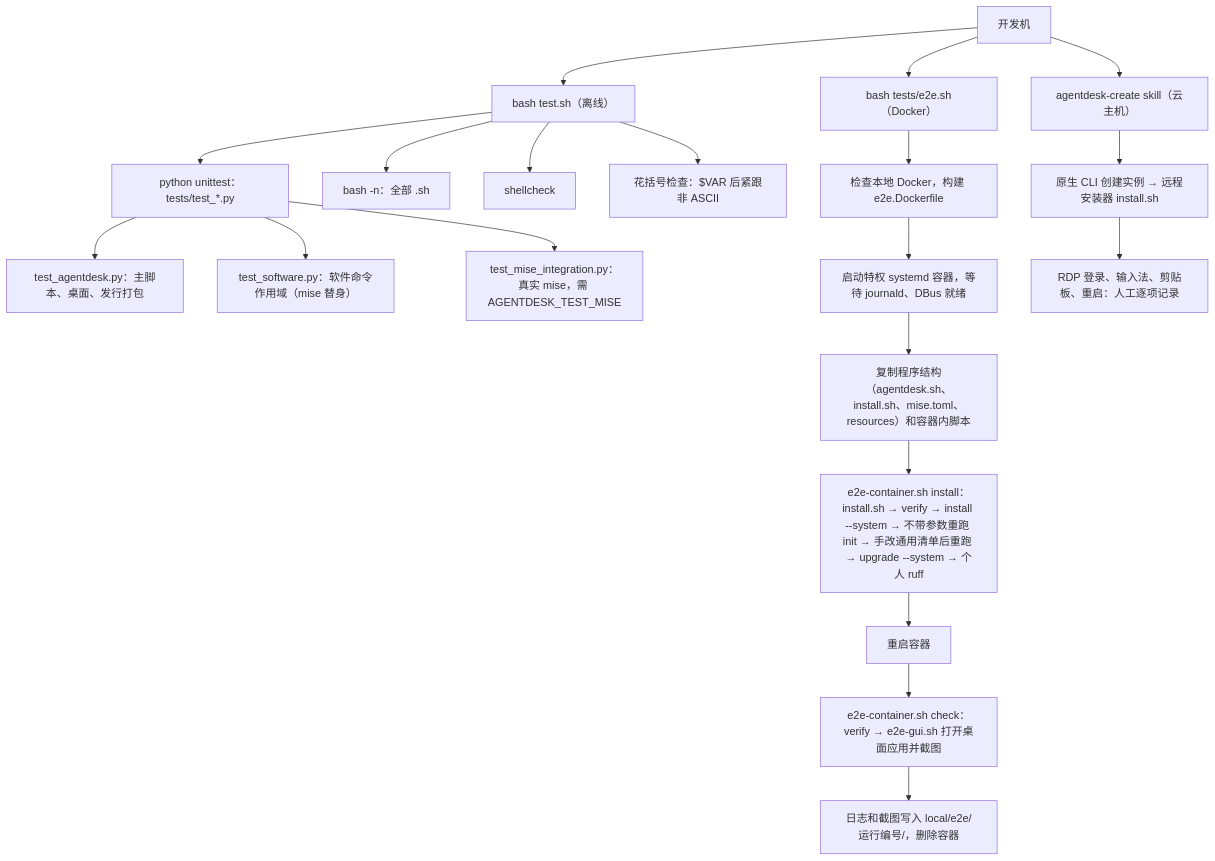
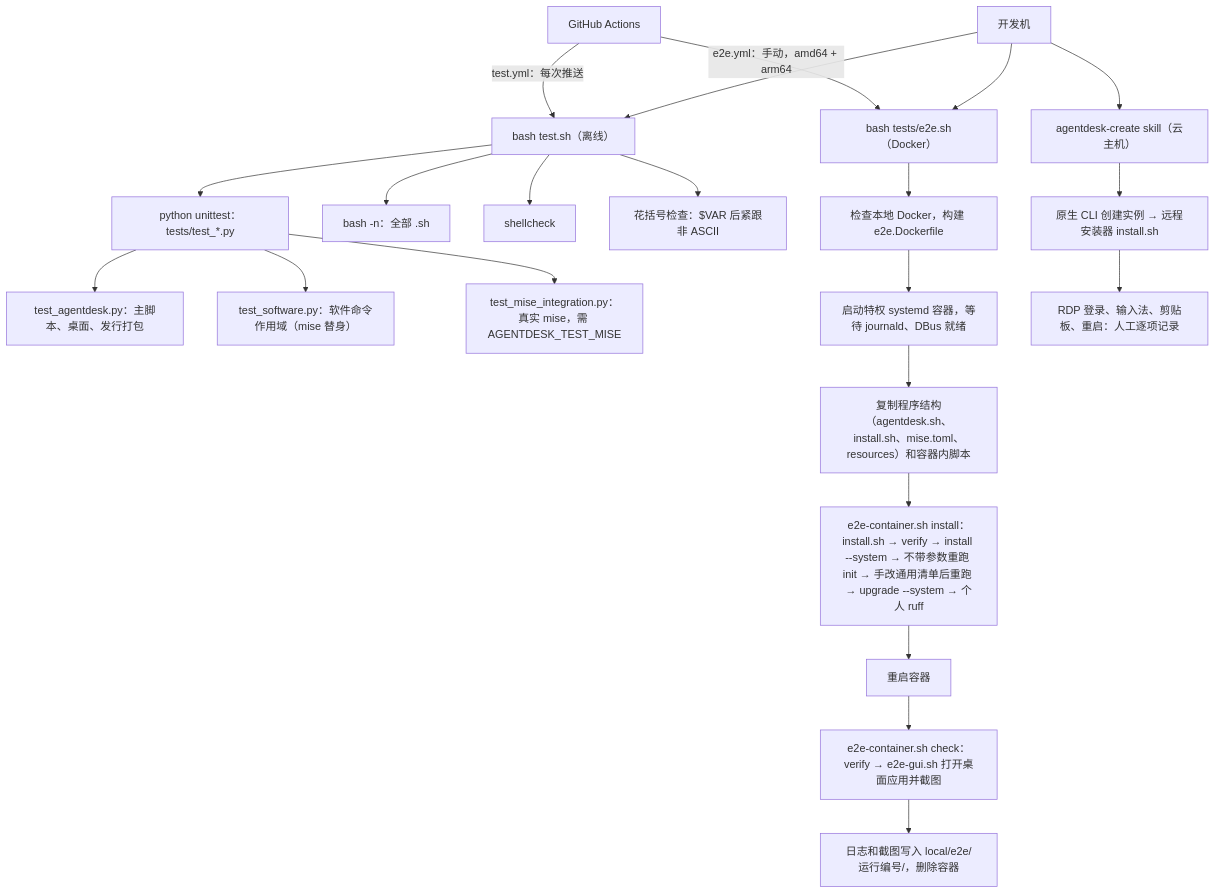
One commit to chinayin/agentdesk changed the diagram in docs/TESTING_GUIDE.md. Above: the diagram before and after it, drawn with Mermaid. The commit also changed other lines of this file and 4 other files, not shown here.

First line of the commit message:
ci: 添加 GitHub Actions 离线测试与 E2E 工作流

````diff
--- a/docs/TESTING_GUIDE.md
+++ b/docs/TESTING_GUIDE.md
@@ -17,25 +17,27 @@
 ```mermaid
 flowchart TD
     dev[开发机] --> offline["bash test.sh（离线）"]
     dev --> e2e["bash tests/e2e.sh（Docker）"]
+    ci["GitHub Actions"] -->|test.yml：每次推送| offline
+    ci -->|e2e.yml：手动，amd64 + arm64| e2e
     dev --> poc["agentdesk-create skill（云主机）"]
 
     offline --> unit["python unittest：tests/test_*.py"]
     unit --> u1["test_agentdesk.py：主脚本、桌面、发行打包"]
     unit --> u2["test_software.py：软件命令作用域（mise 替身）"]
     unit --> u3["test_mise_integration.py：真实 mise，需 AGENTDESK_TEST_MISE"]
     offline --> syntax["bash -n：全部 .sh"]
     offline --> lint["shellcheck"]
     offline --> brace["花括号检查：$VAR 后紧跟非 ASCII"]
 
     e2e --> pre["检查本地 Docker，构建 e2e.Dockerfile"]
     pre --> boot["启动特权 systemd 容器，等待 journald、DBus 就绪"]
     boot --> copy["复制程序结构（agentdesk.sh、install.sh、mise.toml、resources）和容器内脚本"]
     copy --> install["e2e-container.sh install：install.sh → verify → install --system → 不带参数重跑 init → 手改通用清单后重跑 → upgrade --system → 个人 ruff"]
     install --> restart[重启容器]
     restart --> check["e2e-container.sh check：verify → e2e-gui.sh 打开桌面应用并截图"]
     check --> out["日志和截图写入 local/e2e/运行编号/，删除容器"]
 
     poc --> create["原生 CLI 创建实例 → 远程安装器 install.sh"]
     create --> manual["RDP 登录、输入法、剪贴板、重启：人工逐项记录"]
 ```
````
